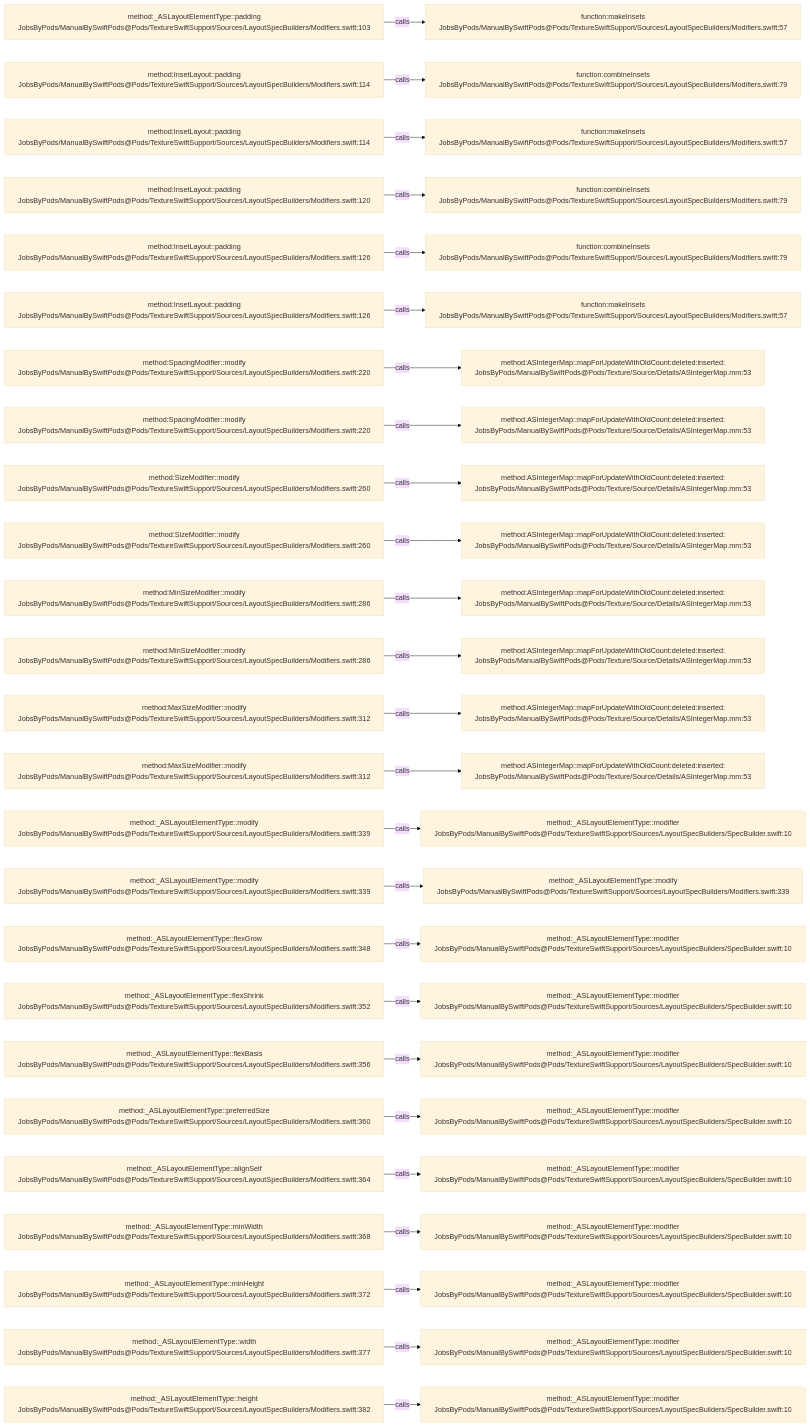
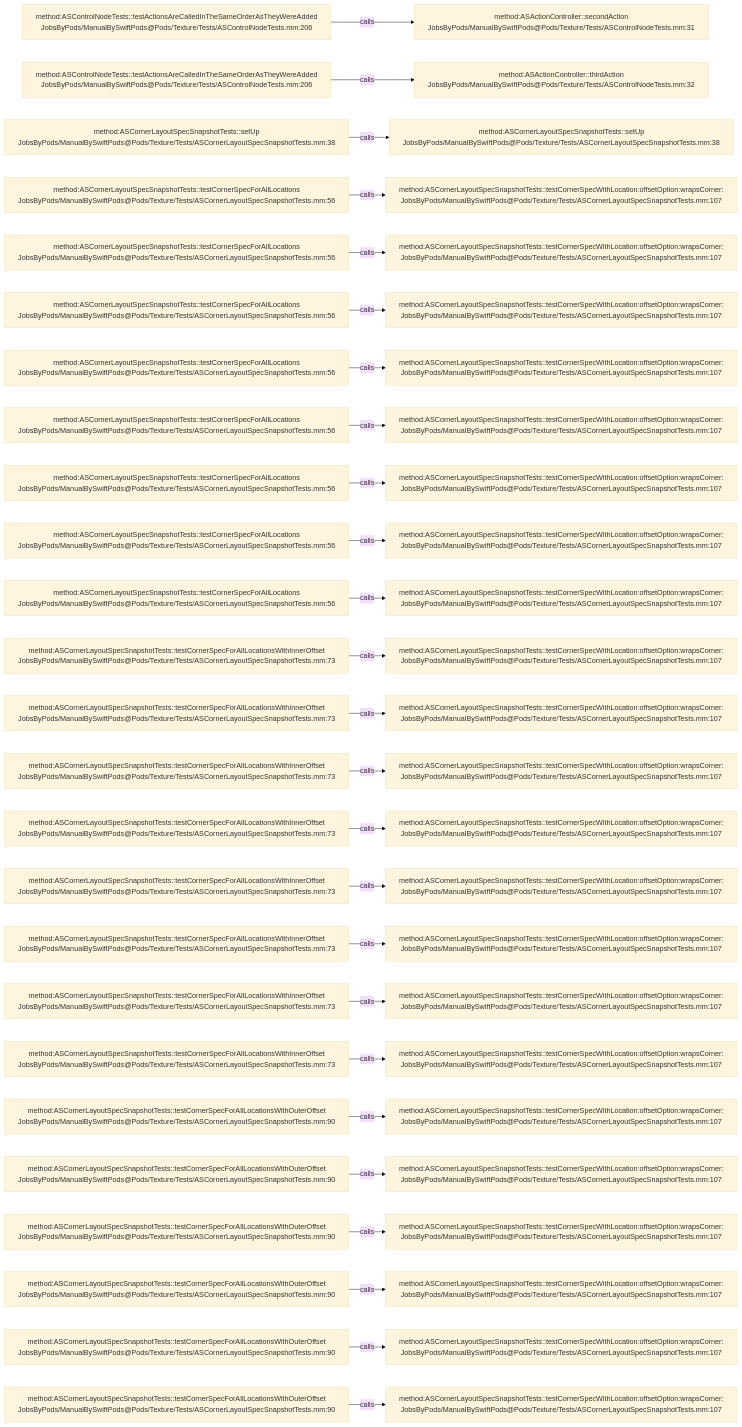
The diagram in .codegraph/codegraph.md/graphs/calls-177.md (JobsKits/JobsSwiftBaseConfigDemo), drawn with Mermaid (base theme) before and after one commit. The commit also changed 832 other files, not shown here.

````diff
--- a/.codegraph/codegraph.md/graphs/calls-177.md
+++ b/.codegraph/codegraph.md/graphs/calls-177.md
@@ -13,78 +13,78 @@
 ```mermaid
 flowchart LR
-  S1["method:_ASLayoutElementType::padding<br/>JobsByPods/ManualBySwiftPods@Pods/TextureSwiftSupport/Sources/LayoutSpecBuilders/Modifiers.swift:103"]
-  T1["function:makeInsets<br/>JobsByPods/ManualBySwiftPods@Pods/TextureSwiftSupport/Sources/LayoutSpecBuilders/Modifiers.swift:57"]
+  S1["method:ASControlNodeTests::testActionsAreCalledInTheSameOrderAsTheyWereAdded<br/>JobsByPods/ManualBySwiftPods@Pods/Texture/Tests/ASControlNodeTests.mm:206"]
+  T1["method:ASActionController::secondAction<br/>JobsByPods/ManualBySwiftPods@Pods/Texture/Tests/ASControlNodeTests.mm:31"]
   S1 -->|calls| T1
-  S2["method:InsetLayout::padding<br/>JobsByPods/ManualBySwiftPods@Pods/TextureSwiftSupport/Sources/LayoutSpecBuilders/Modifiers.swift:114"]
-  T2["function:combineInsets<br/>JobsByPods/ManualBySwiftPods@Pods/TextureSwiftSupport/Sources/LayoutSpecBuilders/Modifiers.swift:79"]
+  S2["method:ASControlNodeTests::testActionsAreCalledInTheSameOrderAsTheyWereAdded<br/>JobsByPods/ManualBySwiftPods@Pods/Texture/Tests/ASControlNodeTests.mm:206"]
+  T2["method:ASActionController::thirdAction<br/>JobsByPods/ManualBySwiftPods@Pods/Texture/Tests/ASControlNodeTests.mm:32"]
   S2 -->|calls| T2
-  S3["method:InsetLayout::padding<br/>JobsByPods/ManualBySwiftPods@Pods/TextureSwiftSupport/Sources/LayoutSpecBuilders/Modifiers.swift:114"]
-  T3["function:makeInsets<br/>JobsByPods/ManualBySwiftPods@Pods/TextureSwiftSupport/Sources/LayoutSpecBuilders/Modifiers.swift:57"]
+  S3["method:ASCornerLayoutSpecSnapshotTests::setUp<br/>JobsByPods/ManualBySwiftPods@Pods/Texture/Tests/ASCornerLayoutSpecSnapshotTests.mm:38"]
+  T3["method:ASCornerLayoutSpecSnapshotTests::setUp<br/>JobsByPods/ManualBySwiftPods@Pods/Texture/Tests/ASCornerLayoutSpecSnapshotTests.mm:38"]
   S3 -->|calls| T3
-  S4["method:InsetLayout::padding<br/>JobsByPods/ManualBySwiftPods@Pods/TextureSwiftSupport/Sources/LayoutSpecBuilders/Modifiers.swift:120"]
-  T4["function:combineInsets<br/>JobsByPods/ManualBySwiftPods@Pods/TextureSwiftSupport/Sources/LayoutSpecBuilders/Modifiers.swift:79"]
+  S4["method:ASCornerLayoutSpecSnapshotTests::testCornerSpecForAllLocations<br/>JobsByPods/ManualBySwiftPods@Pods/Texture/Tests/ASCornerLayoutSpecSnapshotTests.mm:56"]
+  T4["method:ASCornerLayoutSpecSnapshotTests::testCornerSpecWithLocation:offsetOption:wrapsCorner:<br/>JobsByPods/ManualBySwiftPods@Pods/Texture/Tests/ASCornerLayoutSpecSnapshotTests.mm:107"]
   S4 -->|calls| T4
-  S5["method:InsetLayout::padding<br/>JobsByPods/ManualBySwiftPods@Pods/TextureSwiftSupport/Sources/LayoutSpecBuilders/Modifiers.swift:126"]
-  T5["function:combineInsets<br/>JobsByPods/ManualBySwiftPods@Pods/TextureSwiftSupport/Sources/LayoutSpecBuilders/Modifiers.swift:79"]
+  S5["method:ASCornerLayoutSpecSnapshotTests::testCornerSpecForAllLocations<br/>JobsByPods/ManualBySwiftPods@Pods/Texture/Tests/ASCornerLayoutSpecSnapshotTests.mm:56"]
+  T5["method:ASCornerLayoutSpecSnapshotTests::testCornerSpecWithLocation:offsetOption:wrapsCorner:<br/>JobsByPods/ManualBySwiftPods@Pods/Texture/Tests/ASCornerLayoutSpecSnapshotTests.mm:107"]
   S5 -->|calls| T5
-  S6["method:InsetLayout::padding<br/>JobsByPods/ManualBySwiftPods@Pods/TextureSwiftSupport/Sources/LayoutSpecBuilders/Modifiers.swift:126"]
-  T6["function:makeInsets<br/>JobsByPods/ManualBySwiftPods@Pods/TextureSwiftSupport/Sources/LayoutSpecBuilders/Modifiers.swift:57"]
+  S6["method:ASCornerLayoutSpecSnapshotTests::testCornerSpecForAllLocations<br/>JobsByPods/ManualBySwiftPods@Pods/Texture/Tests/ASCornerLayoutSpecSnapshotTests.mm:56"]
+  T6["method:ASCornerLayoutSpecSnapshotTests::testCornerSpecWithLocation:offsetOption:wrapsCorner:<br/>JobsByPods/ManualBySwiftPods@Pods/Texture/Tests/ASCornerLayoutSpecSnapshotTests.mm:107"]
   S6 -->|calls| T6
-  S7["method:SpacingModifier::modify<br/>JobsByPods/ManualBySwiftPods@Pods/TextureSwiftSupport/Sources/LayoutSpecBuilders/Modifiers.swift:220"]
-  T7["method:ASIntegerMap::mapForUpdateWithOldCount:deleted:inserted:<br/>JobsByPods/ManualBySwiftPods@Pods/Texture/Source/Details/ASIntegerMap.mm:53"]
+  S7["method:ASCornerLayoutSpecSnapshotTests::testCornerSpecForAllLocations<br/>JobsByPods/ManualBySwiftPods@Pods/Texture/Tests/ASCornerLayoutSpecSnapshotTests.mm:56"]
+  T7["method:ASCornerLayoutSpecSnapshotTests::testCornerSpecWithLocation:offsetOption:wrapsCorner:<br/>JobsByPods/ManualBySwiftPods@Pods/Texture/Tests/ASCornerLayoutSpecSnapshotTests.mm:107"]
   S7 -->|calls| T7
-  S8["method:SpacingModifier::modify<br/>JobsByPods/ManualBySwiftPods@Pods/TextureSwiftSupport/Sources/LayoutSpecBuilders/Modifiers.swift:220"]
-  T8["method:ASIntegerMap::mapForUpdateWithOldCount:deleted:inserted:<br/>JobsByPods/ManualBySwiftPods@Pods/Texture/Source/Details/ASIntegerMap.mm:53"]
+  S8["method:ASCornerLayoutSpecSnapshotTests::testCornerSpecForAllLocations<br/>JobsByPods/ManualBySwiftPods@Pods/Texture/Tests/ASCornerLayoutSpecSnapshotTests.mm:56"]
+  T8["method:ASCornerLayoutSpecSnapshotTests::testCornerSpecWithLocation:offsetOption:wrapsCorner:<br/>JobsByPods/ManualBySwiftPods@Pods/Texture/Tests/ASCornerLayoutSpecSnapshotTests.mm:107"]
   S8 -->|calls| T8
-  S9["method:SizeModifier::modify<br/>JobsByPods/ManualBySwiftPods@Pods/TextureSwiftSupport/Sources/LayoutSpecBuilders/Modifiers.swift:260"]
-  T9["method:ASIntegerMap::mapForUpdateWithOldCount:deleted:inserted:<br/>JobsByPods/ManualBySwiftPods@Pods/Texture/Source/Details/ASIntegerMap.mm:53"]
+  S9["method:ASCornerLayoutSpecSnapshotTests::testCornerSpecForAllLocations<br/>JobsByPods/ManualBySwiftPods@Pods/Texture/Tests/ASCornerLayoutSpecSnapshotTests.mm:56"]
+  T9["method:ASCornerLayoutSpecSnapshotTests::testCornerSpecWithLocation:offsetOption:wrapsCorner:<br/>JobsByPods/ManualBySwiftPods@Pods/Texture/Tests/ASCornerLayoutSpecSnapshotTests.mm:107"]
   S9 -->|calls| T9
-  S10["method:SizeModifier::modify<br/>JobsByPods/ManualBySwiftPods@Pods/TextureSwiftSupport/Sources/LayoutSpecBuilders/Modifiers.swift:260"]
-  T10["method:ASIntegerMap::mapForUpdateWithOldCount:deleted:inserted:<br/>JobsByPods/ManualBySwiftPods@Pods/Texture/Source/Details/ASIntegerMap.mm:53"]
+  S10["method:ASCornerLayoutSpecSnapshotTests::testCornerSpecForAllLocations<br/>JobsByPods/ManualBySwiftPods@Pods/Texture/Tests/ASCornerLayoutSpecSnapshotTests.mm:56"]
+  T10["method:ASCornerLayoutSpecSnapshotTests::testCornerSpecWithLocation:offsetOption:wrapsCorner:<br/>JobsByPods/ManualBySwiftPods@Pods/Texture/Tests/ASCornerLayoutSpecSnapshotTests.mm:107"]
   S10 -->|calls| T10
-  S11["method:MinSizeModifier::modify<br/>JobsByPods/ManualBySwiftPods@Pods/TextureSwiftSupport/Sources/LayoutSpecBuilders/Modifiers.swift:286"]
-  T11["method:ASIntegerMap::mapForUpdateWithOldCount:deleted:inserted:<br/>JobsByPods/ManualBySwiftPods@Pods/Texture/Source/Details/ASIntegerMap.mm:53"]
+  S11["method:ASCornerLayoutSpecSnapshotTests::testCornerSpecForAllLocations<br/>JobsByPods/ManualBySwiftPods@Pods/Texture/Tests/ASCornerLayoutSpecSnapshotTests.mm:56"]
+  T11["method:ASCornerLayoutSpecSnapshotTests::testCornerSpecWithLocation:offsetOption:wrapsCorner:<br/>JobsByPods/ManualBySwiftPods@Pods/Texture/Tests/ASCornerLayoutSpecSnapshotTests.mm:107"]
   S11 -->|calls| T11
-  S12["method:MinSizeModifier::modify<br/>JobsByPods/ManualBySwiftPods@Pods/TextureSwiftSupport/Sources/LayoutSpecBuilders/Modifiers.swift:286"]
-  T12["method:ASIntegerMap::mapForUpdateWithOldCount:deleted:inserted:<br/>JobsByPods/ManualBySwiftPods@Pods/Texture/Source/Details/ASIntegerMap.mm:53"]
+  S12["method:ASCornerLayoutSpecSnapshotTests::testCornerSpecForAllLocationsWithInnerOffset<br/>JobsByPods/ManualBySwiftPods@Pods/Texture/Tests/ASCornerLayoutSpecSnapshotTests.mm:73"]
+  T12["method:ASCornerLayoutSpecSnapshotTests::testCornerSpecWithLocation:offsetOption:wrapsCorner:<br/>JobsByPods/ManualBySwiftPods@Pods/Texture/Tests/ASCornerLayoutSpecSnapshotTests.mm:107"]
   S12 -->|calls| T12
-  S13["method:MaxSizeModifier::modify<br/>JobsByPods/ManualBySwiftPods@Pods/TextureSwiftSupport/Sources/LayoutSpecBuilders/Modifiers.swift:312"]
-  T13["method:ASIntegerMap::mapForUpdateWithOldCount:deleted:inserted:<br/>JobsByPods/ManualBySwiftPods@Pods/Texture/Source/Details/ASIntegerMap.mm:53"]
+  S13["method:ASCornerLayoutSpecSnapshotTests::testCornerSpecForAllLocationsWithInnerOffset<br/>JobsByPods/ManualBySwiftPods@Pods/Texture/Tests/ASCornerLayoutSpecSnapshotTests.mm:73"]
+  T13["method:ASCornerLayoutSpecSnapshotTests::testCornerSpecWithLocation:offsetOption:wrapsCorner:<br/>JobsByPods/ManualBySwiftPods@Pods/Texture/Tests/ASCornerLayoutSpecSnapshotTests.mm:107"]
   S13 -->|calls| T13
-  S14["method:MaxSizeModifier::modify<br/>JobsByPods/ManualBySwiftPods@Pods/TextureSwiftSupport/Sources/LayoutSpecBuilders/Modifiers.swift:312"]
-  T14["method:ASIntegerMap::mapForUpdateWithOldCount:deleted:inserted:<br/>JobsByPods/ManualBySwiftPods@Pods/Texture/Source/Details/ASIntegerMap.mm:53"]
+  S14["method:ASCornerLayoutSpecSnapshotTests::testCornerSpecForAllLocationsWithInnerOffset<br/>JobsByPods/ManualBySwiftPods@Pods/Texture/Tests/ASCornerLayoutSpecSnapshotTests.mm:73"]
+  T14["method:ASCornerLayoutSpecSnapshotTests::testCornerSpecWithLocation:offsetOption:wrapsCorner:<br/>JobsByPods/ManualBySwiftPods@Pods/Texture/Tests/ASCornerLayoutSpecSnapshotTests.mm:107"]
   S14 -->|calls| T14
-  S15["method:_ASLayoutElementType::modify<br/>JobsByPods/ManualBySwiftPods@Pods/TextureSwiftSupport/Sources/LayoutSpecBuilders/Modifiers.swift:339"]
-  T15["method:_ASLayoutElementType::modifier<br/>JobsByPods/ManualBySwiftPods@Pods/TextureSwiftSupport/Sources/LayoutSpecBuilders/SpecBuilder.swift:10"]
+  S15["method:ASCornerLayoutSpecSnapshotTests::testCornerSpecForAllLocationsWithInnerOffset<br/>JobsByPods/ManualBySwiftPods@Pods/Texture/Tests/ASCornerLayoutSpecSnapshotTests.mm:73"]
+  T15["method:ASCornerLayoutSpecSnapshotTests::testCornerSpecWithLocation:offsetOption:wrapsCorner:<br/>JobsByPods/ManualBySwiftPods@Pods/Texture/Tests/ASCornerLayoutSpecSnapshotTests.mm:107"]
   S15 -->|calls| T15
-  S16["method:_ASLayoutElementType::modify<br/>JobsByPods/ManualBySwiftPods@Pods/TextureSwiftSupport/Sources/LayoutSpecBuilders/Modifiers.swift:339"]
-  T16["method:_ASLayoutElementType::modify<br/>JobsByPods/ManualBySwiftPods@Pods/TextureSwiftSupport/Sources/LayoutSpecBuilders/Modifiers.swift:339"]
+  S16["method:ASCornerLayoutSpecSnapshotTests::testCornerSpecForAllLocationsWithInnerOffset<br/>JobsByPods/ManualBySwiftPods@Pods/Texture/Tests/ASCornerLayoutSpecSnapshotTests.mm:73"]
+  T16["method:ASCornerLayoutSpecSnapshotTests::testCornerSpecWithLocation:offsetOption:wrapsCorner:<br/>JobsByPods/ManualBySwiftPods@Pods/Texture/Tests/ASCornerLayoutSpecSnapshotTests.mm:107"]
   S16 -->|calls| T16
-  S17["method:_ASLayoutElementType::flexGrow<br/>JobsByPods/ManualBySwiftPods@Pods/TextureSwiftSupport/Sources/LayoutSpecBuilders/Modifiers.swift:348"]
-  T17["method:_ASLayoutElementType::modifier<br/>JobsByPods/ManualBySwiftPods@Pods/TextureSwiftSupport/Sources/LayoutSpecBuilders/SpecBuilder.swift:10"]
+  S17["method:ASCornerLayoutSpecSnapshotTests::testCornerSpecForAllLocationsWithInnerOffset<br/>JobsByPods/ManualBySwiftPods@Pods/Texture/Tests/ASCornerLayoutSpecSnapshotTests.mm:73"]
+  T17["method:ASCornerLayoutSpecSnapshotTests::testCornerSpecWithLocation:offsetOption:wrapsCorner:<br/>JobsByPods/ManualBySwiftPods@Pods/Texture/Tests/ASCornerLayoutSpecSnapshotTests.mm:107"]
   S17 -->|calls| T17
-  S18["method:_ASLayoutElementType::flexShrink<br/>JobsByPods/ManualBySwiftPods@Pods/TextureSwiftSupport/Sources/LayoutSpecBuilders/Modifiers.swift:352"]
-  T18["method:_ASLayoutElementType::modifier<br/>JobsByPods/ManualBySwiftPods@Pods/TextureSwiftSupport/Sources/LayoutSpecBuilders/SpecBuilder.swift:10"]
+  S18["method:ASCornerLayoutSpecSnapshotTests::testCornerSpecForAllLocationsWithInnerOffset<br/>JobsByPods/ManualBySwiftPods@Pods/Texture/Tests/ASCornerLayoutSpecSnapshotTests.mm:73"]
+  T18["method:ASCornerLayoutSpecSnapshotTests::testCornerSpecWithLocation:offsetOption:wrapsCorner:<br/>JobsByPods/ManualBySwiftPods@Pods/Texture/Tests/ASCornerLayoutSpecSnapshotTests.mm:107"]
   S18 -->|calls| T18
-  S19["method:_ASLayoutElementType::flexBasis<br/>JobsByPods/ManualBySwiftPods@Pods/TextureSwiftSupport/Sources/LayoutSpecBuilders/Modifiers.swift:356"]
-  T19["method:_ASLayoutElementType::modifier<br/>JobsByPods/ManualBySwiftPods@Pods/TextureSwiftSupport/Sources/LayoutSpecBuilders/SpecBuilder.swift:10"]
+  S19["method:ASCornerLayoutSpecSnapshotTests::testCornerSpecForAllLocationsWithInnerOffset<br/>JobsByPods/ManualBySwiftPods@Pods/Texture/Tests/ASCornerLayoutSpecSnapshotTests.mm:73"]
+  T19["method:ASCornerLayoutSpecSnapshotTests::testCornerSpecWithLocation:offsetOption:wrapsCorner:<br/>JobsByPods/ManualBySwiftPods@Pods/Texture/Tests/ASCornerLayoutSpecSnapshotTests.mm:107"]
   S19 -->|calls| T19
-  S20["method:_ASLayoutElementType::preferredSize<br/>JobsByPods/ManualBySwiftPods@Pods/TextureSwiftSupport/Sources/LayoutSpecBuilders/Modifiers.swift:360"]
-  T20["method:_ASLayoutElementType::modifier<br/>JobsByPods/ManualBySwiftPods@Pods/TextureSwiftSupport/Sources/LayoutSpecBuilders/SpecBuilder.swift:10"]
+  S20["method:ASCornerLayoutSpecSnapshotTests::testCornerSpecForAllLocationsWithOuterOffset<br/>JobsByPods/ManualBySwiftPods@Pods/Texture/Tests/ASCornerLayoutSpecSnapshotTests.mm:90"]
+  T20["method:ASCornerLayoutSpecSnapshotTests::testCornerSpecWithLocation:offsetOption:wrapsCorner:<br/>JobsByPods/ManualBySwiftPods@Pods/Texture/Tests/ASCornerLayoutSpecSnapshotTests.mm:107"]
   S20 -->|calls| T20
-  S21["method:_ASLayoutElementType::alignSelf<br/>JobsByPods/ManualBySwiftPods@Pods/TextureSwiftSupport/Sources/LayoutSpecBuilders/Modifiers.swift:364"]
-  T21["method:_ASLayoutElementType::modifier<br/>JobsByPods/ManualBySwiftPods@Pods/TextureSwiftSupport/Sources/LayoutSpecBuilders/SpecBuilder.swift:10"]
+  S21["method:ASCornerLayoutSpecSnapshotTests::testCornerSpecForAllLocationsWithOuterOffset<br/>JobsByPods/ManualBySwiftPods@Pods/Texture/Tests/ASCornerLayoutSpecSnapshotTests.mm:90"]
+  T21["method:ASCornerLayoutSpecSnapshotTests::testCornerSpecWithLocation:offsetOption:wrapsCorner:<br/>JobsByPods/ManualBySwiftPods@Pods/Texture/Tests/ASCornerLayoutSpecSnapshotTests.mm:107"]
   S21 -->|calls| T21
-  S22["method:_ASLayoutElementType::minWidth<br/>JobsByPods/ManualBySwiftPods@Pods/TextureSwiftSupport/Sources/LayoutSpecBuilders/Modifiers.swift:368"]
-  T22["method:_ASLayoutElementType::modifier<br/>JobsByPods/ManualBySwiftPods@Pods/TextureSwiftSupport/Sources/LayoutSpecBuilders/SpecBuilder.swift:10"]
+  S22["method:ASCornerLayoutSpecSnapshotTests::testCornerSpecForAllLocationsWithOuterOffset<br/>JobsByPods/ManualBySwiftPods@Pods/Texture/Tests/ASCornerLayoutSpecSnapshotTests.mm:90"]
+  T22["method:ASCornerLayoutSpecSnapshotTests::testCornerSpecWithLocation:offsetOption:wrapsCorner:<br/>JobsByPods/ManualBySwiftPods@Pods/Texture/Tests/ASCornerLayoutSpecSnapshotTests.mm:107"]
   S22 -->|calls| T22
-  S23["method:_ASLayoutElementType::minHeight<br/>JobsByPods/ManualBySwiftPods@Pods/TextureSwiftSupport/Sources/LayoutSpecBuilders/Modifiers.swift:372"]
-  T23["method:_ASLayoutElementType::modifier<br/>JobsByPods/ManualBySwiftPods@Pods/TextureSwiftSupport/Sources/LayoutSpecBuilders/SpecBuilder.swift:10"]
+  S23["method:ASCornerLayoutSpecSnapshotTests::testCornerSpecForAllLocationsWithOuterOffset<br/>JobsByPods/ManualBySwiftPods@Pods/Texture/Tests/ASCornerLayoutSpecSnapshotTests.mm:90"]
+  T23["method:ASCornerLayoutSpecSnapshotTests::testCornerSpecWithLocation:offsetOption:wrapsCorner:<br/>JobsByPods/ManualBySwiftPods@Pods/Texture/Tests/ASCornerLayoutSpecSnapshotTests.mm:107"]
   S23 -->|calls| T23
-  S24["method:_ASLayoutElementType::width<br/>JobsByPods/ManualBySwiftPods@Pods/TextureSwiftSupport/Sources/LayoutSpecBuilders/Modifiers.swift:377"]
-  T24["method:_ASLayoutElementType::modifier<br/>JobsByPods/ManualBySwiftPods@Pods/TextureSwiftSupport/Sources/LayoutSpecBuilders/SpecBuilder.swift:10"]
+  S24["method:ASCornerLayoutSpecSnapshotTests::testCornerSpecForAllLocationsWithOuterOffset<br/>JobsByPods/ManualBySwiftPods@Pods/Texture/Tests/ASCornerLayoutSpecSnapshotTests.mm:90"]
+  T24["method:ASCornerLayoutSpecSnapshotTests::testCornerSpecWithLocation:offsetOption:wrapsCorner:<br/>JobsByPods/ManualBySwiftPods@Pods/Texture/Tests/ASCornerLayoutSpecSnapshotTests.mm:107"]
   S24 -->|calls| T24
-  S25["method:_ASLayoutElementType::height<br/>JobsByPods/ManualBySwiftPods@Pods/TextureSwiftSupport/Sources/LayoutSpecBuilders/Modifiers.swift:382"]
-  T25["method:_ASLayoutElementType::modifier<br/>JobsByPods/ManualBySwiftPods@Pods/TextureSwiftSupport/Sources/LayoutSpecBuilders/SpecBuilder.swift:10"]
+  S25["method:ASCornerLayoutSpecSnapshotTests::testCornerSpecForAllLocationsWithOuterOffset<br/>JobsByPods/ManualBySwiftPods@Pods/Texture/Tests/ASCornerLayoutSpecSnapshotTests.mm:90"]
+  T25["method:ASCornerLayoutSpecSnapshotTests::testCornerSpecWithLocation:offsetOption:wrapsCorner:<br/>JobsByPods/ManualBySwiftPods@Pods/Texture/Tests/ASCornerLayoutSpecSnapshotTests.mm:107"]
   S25 -->|calls| T25
 ```
````
